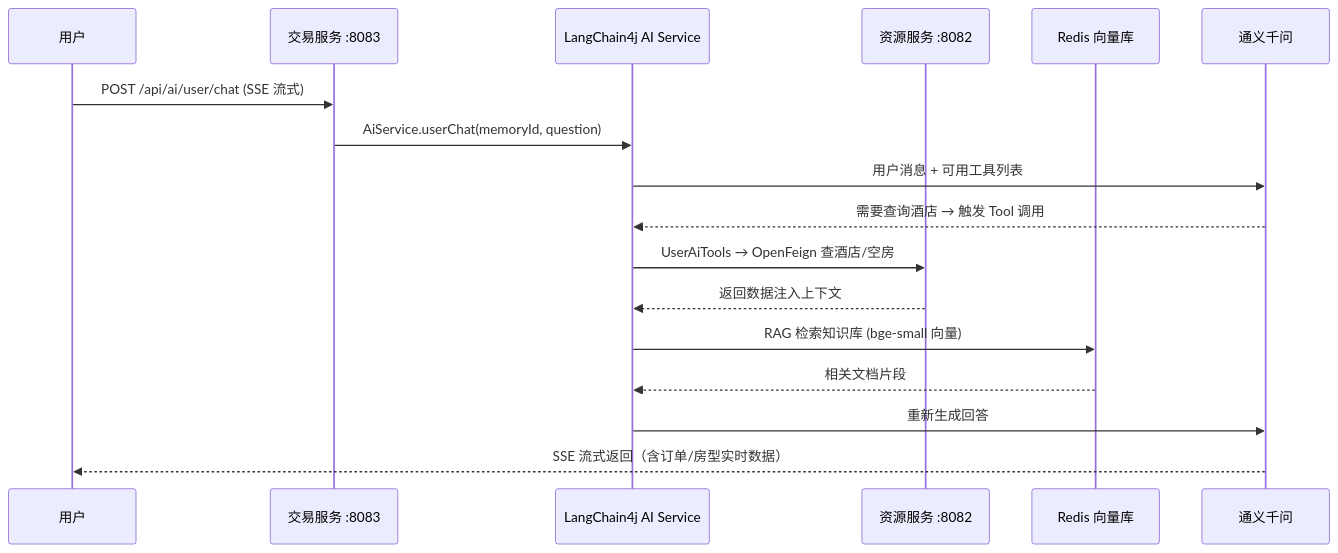
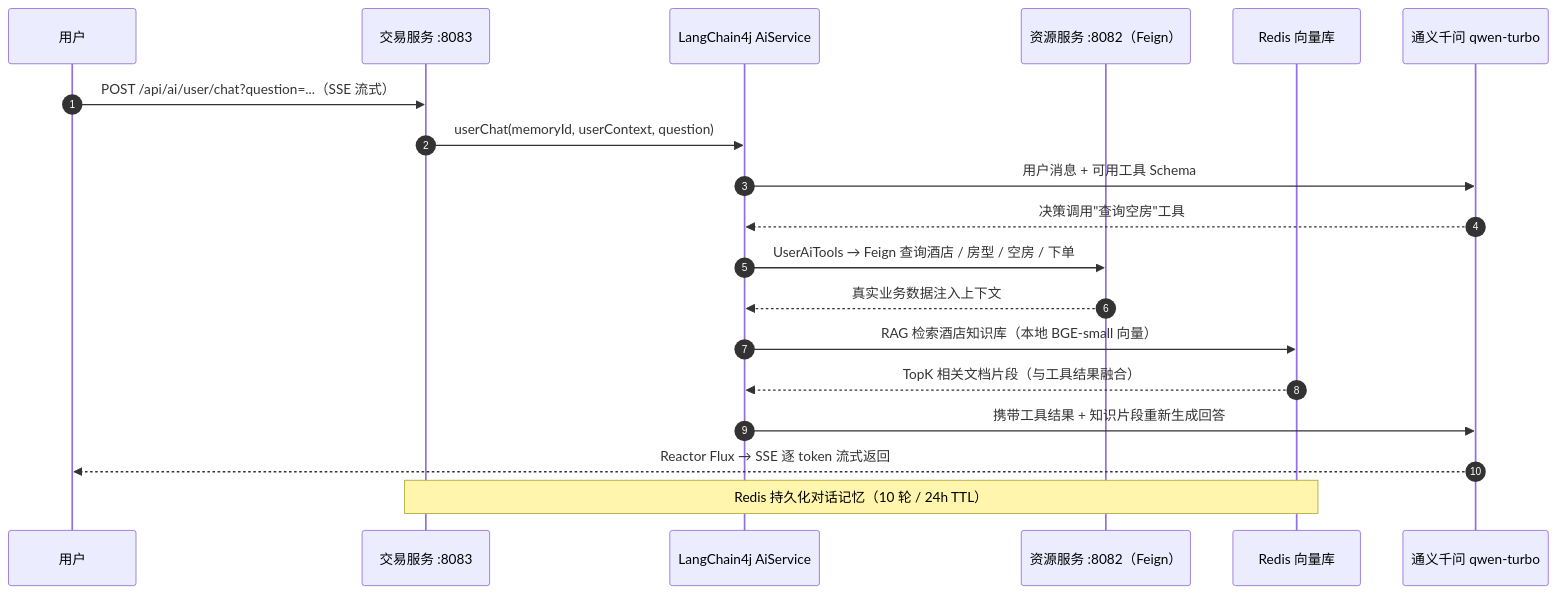
Before and after one commit to Chillwinner/CloudHotel: the third of 3 diagrams in README.md, drawn with Mermaid. The commit also changed other lines of this file, not shown here.

````diff
--- a/README.md
+++ b/README.md
@@ -87,20 +240,22 @@
 ```mermaid
 sequenceDiagram
+    autonumber
     participant U as 用户
     participant TS as 交易服务 :8083
-    participant LW as LangChain4j AI Service
-    participant RS as 资源服务 :8082
+    participant AI as LangChain4j AiService
+    participant RS as 资源服务 :8082（Feign）
     participant V as Redis 向量库
-    participant Q as 通义千问
+    participant Q as 通义千问 qwen-turbo
 
-    U->>TS: POST /api/ai/user/chat (SSE 流式)
-    TS->>LW: AiService.userChat(memoryId, question)
-    LW->>Q: 用户消息 + 可用工具列表
-    Q-->>LW: 需要查询酒店 → 触发 Tool 调用
-    LW->>RS: UserAiTools → OpenFeign 查酒店/空房
-    RS-->>LW: 返回数据注入上下文
-    LW->>V: RAG 检索知识库 (bge-small 向量)
-    V-->>LW: 相关文档片段
-    LW->>Q: 重新生成回答
-    Q-->>U: SSE 流式返回（含订单/房型实时数据）
+    U->>TS: POST /api/ai/user/chat?question=...（SSE 流式）
+    TS->>AI: userChat(memoryId, userContext, question)
+    AI->>Q: 用户消息 + 可用工具 Schema
+    Q-->>AI: 决策调用"查询空房"工具
+    AI->>RS: UserAiTools → Feign 查询酒店 / 房型 / 空房 / 下单
+    RS-->>AI: 真实业务数据注入上下文
+    AI->>V: RAG 检索酒店知识库（本地 BGE-small 向量）
+    V-->>AI: TopK 相关文档片段（与工具结果融合）
+    AI->>Q: 携带工具结果 + 知识片段重新生成回答
+    Q-->>U: Reactor Flux → SSE 逐 token 流式返回
+    Note over TS,V: Redis 持久化对话记忆（10 轮 / 24h TTL）
 ```
````
